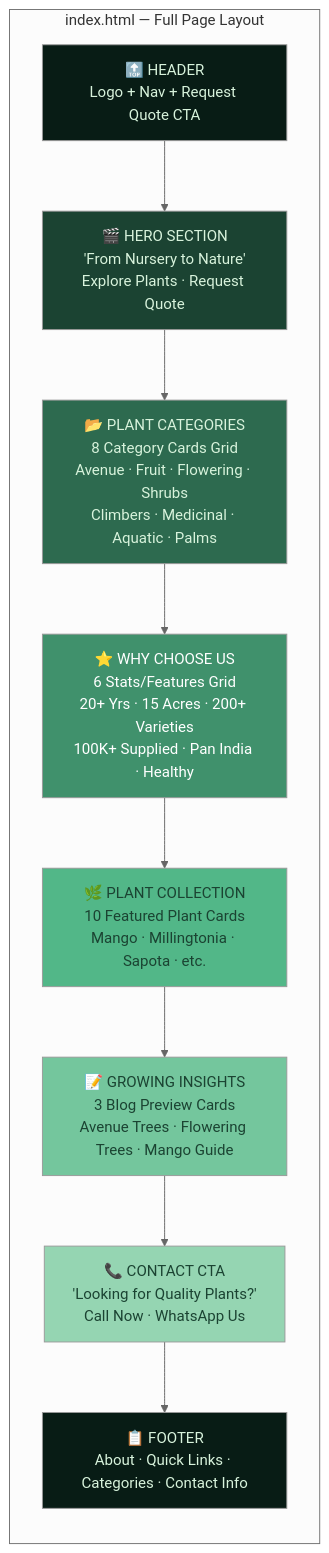
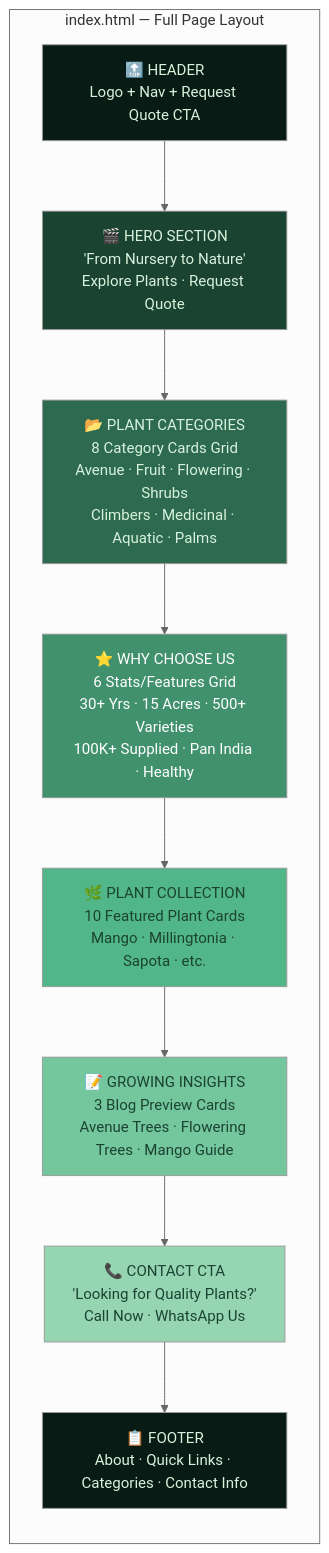
The second of 6 diagrams in project_visual_overview.md (vvsnmurthy3758/sriveerabhadranursery), drawn with Mermaid (neutral theme) before and after one commit. The commit also changed other lines of this file and 10 other files, not shown here.

````diff
--- a/project_visual_overview.md
+++ b/project_visual_overview.md
@@ -57,25 +57,25 @@
 ```mermaid
 graph TB
     subgraph HOMEPAGE["index.html — Full Page Layout"]
         direction TB
         H1["🔝 HEADER<br/>Logo + Nav + Request Quote CTA"]
         H2["🎬 HERO SECTION<br/>'From Nursery to Nature'<br/>Explore Plants · Request Quote"]
         H3["📂 PLANT CATEGORIES<br/>8 Category Cards Grid<br/>Avenue · Fruit · Flowering · Shrubs<br/>Climbers · Medicinal · Aquatic · Palms"]
-        H4["⭐ WHY CHOOSE US<br/>6 Stats/Features Grid<br/>20+ Yrs · 15 Acres · 200+ Varieties<br/>100K+ Supplied · Pan India · Healthy"]
+        H4["⭐ WHY CHOOSE US<br/>6 Stats/Features Grid<br/>30+ Yrs · 15 Acres · 500+ Varieties<br/>100K+ Supplied · Pan India · Healthy"]
         H5["🌿 PLANT COLLECTION<br/>10 Featured Plant Cards<br/>Mango · Millingtonia · Sapota · etc."]
         H6["📝 GROWING INSIGHTS<br/>3 Blog Preview Cards<br/>Avenue Trees · Flowering Trees · Mango Guide"]
         H7["📞 CONTACT CTA<br/>'Looking for Quality Plants?'<br/>Call Now · WhatsApp Us"]
         H8["📋 FOOTER<br/>About · Quick Links · Categories · Contact Info"]
 
         H1 --> H2 --> H3 --> H4 --> H5 --> H6 --> H7 --> H8
     end
 
     style H1 fill:#081c15,color:#d8f3dc
     style H2 fill:#1b4332,color:#d8f3dc
     style H3 fill:#2d6a4f,color:#d8f3dc
     style H4 fill:#40916c,color:#fff
     style H5 fill:#52b788,color:#1b4332
     style H6 fill:#74c69d,color:#1b4332
     style H7 fill:#95d5b2,color:#1b4332
     style H8 fill:#081c15,color:#d8f3dc
 ```
````
